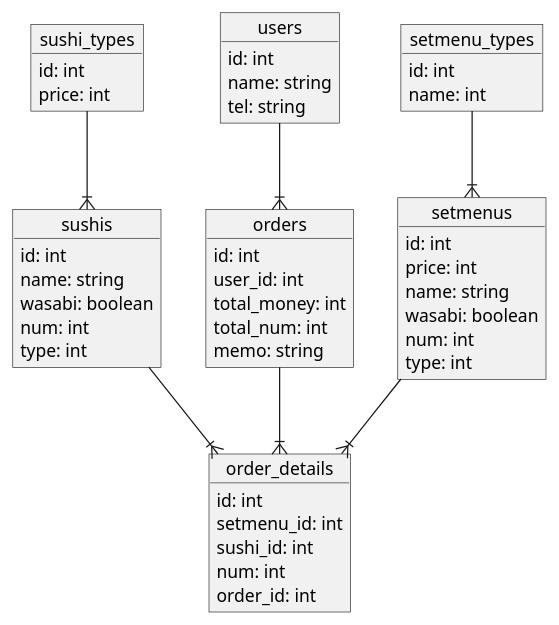
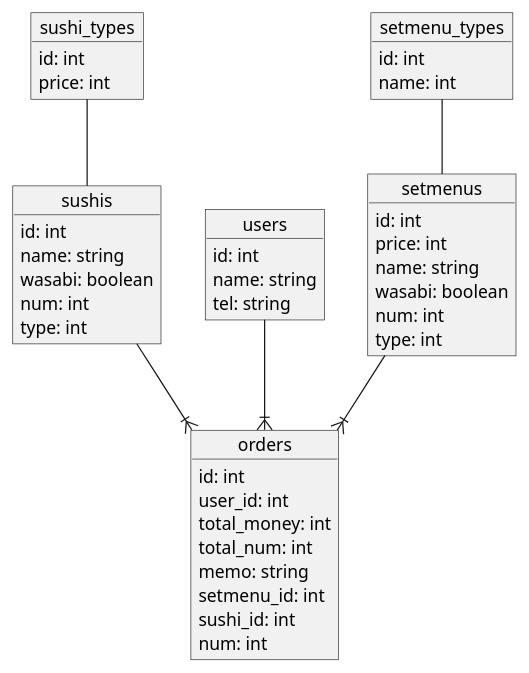
Before and after one commit to tasdsn/praha: the diagram in 01/db_modeling_1.puml, drawn with PlantUML. The commit also changed 2 other files, not shown here.

Commit message:
fix:order_details削除

```diff
--- a/01/db_modeling_1.puml
+++ b/01/db_modeling_1.puml
@@ -1,54 +1,48 @@
 @startuml
-'skinparam nodesep 100 // 水平方向の矢印の長さを調整
 
 object setmenus
 object sushis
 object users
 object orders
-object order_details
 object setmenu_types
 object sushi_types
 
 users : id: int
 users : name: string
 users : tel: string
 
 setmenus : id: int
 setmenus : price: int
 setmenus : name: string
 setmenus : wasabi: boolean
 setmenus : num: int
 setmenus : type: int
 
 sushis : id: int
 sushis : name: string
 sushis : wasabi: boolean
 sushis : num: int
 sushis : type: int
 
-order_details : id: int
-order_details : setmenu_id: int
-order_details : sushi_id: int
-order_details : num: int
-order_details : order_id: int
-
 orders : id: int
 orders : user_id: int
 orders : total_money: int
 orders : total_num: int
 orders : memo: string
+orders : setmenu_id: int
+orders : sushi_id: int
+orders : num: int
 
 sushi_types : id: int
 sushi_types : price: int
 
 setmenu_types : id: int
 setmenu_types : name: int
 
 users    --|{ orders
-orders   --|{ order_details
-setmenus --|{ order_details
-sushis   --|{ order_details
-setmenu_types --|{ setmenus
-sushi_types --|{ sushis
+setmenus --|{ orders
+sushis   --|{ orders
+setmenu_types -- setmenus
+sushi_types -- sushis
 
 @enduml
```
